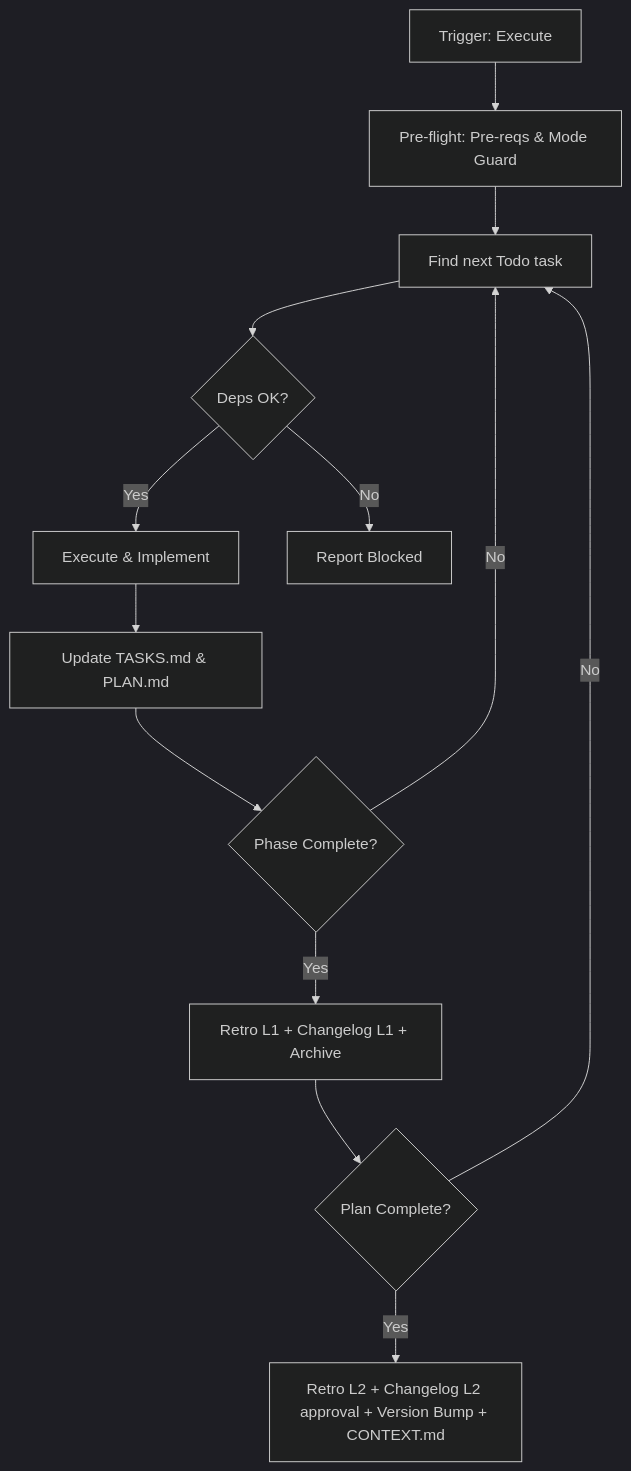
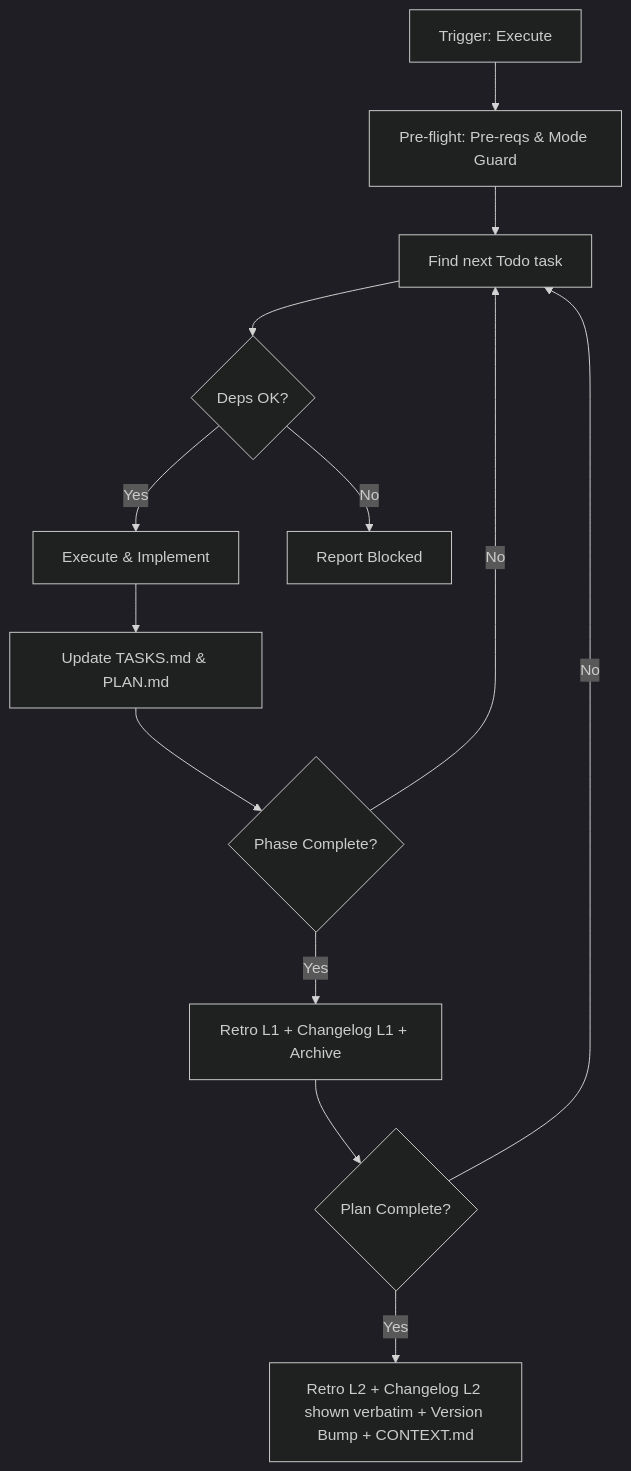
The diagram in .magic/run.md (teratron/magic-spec), drawn with Mermaid (dark theme) before and after one commit. The commit also changed 43 other files, not shown here.

````diff
--- a/.magic/run.md
+++ b/.magic/run.md
@@ -62,15 +62,15 @@
 ```mermaid
 graph TD
     A[Trigger: Execute] --> B[Pre-flight: Pre-reqs & Mode Guard]
     B --> C[Find next Todo task]
     C --> D{Deps OK?}
     D -->|Yes| E[Execute & Implement]
     D -->|No| F[Report Blocked]
     E --> G[Update TASKS.md & PLAN.md]
     G --> H{Phase Complete?}
     H -->|Yes| I[Retro L1 + Changelog L1 + Archive]
     I --> J{Plan Complete?}
-    J -->|Yes| K[Retro L2 + Changelog L2 approval + Version Bump + CONTEXT.md]
+    J -->|Yes| K[Retro L2 + Changelog L2 shown verbatim + Version Bump + CONTEXT.md]
     J -->|No| C
     H -->|No| C
 ```
````
